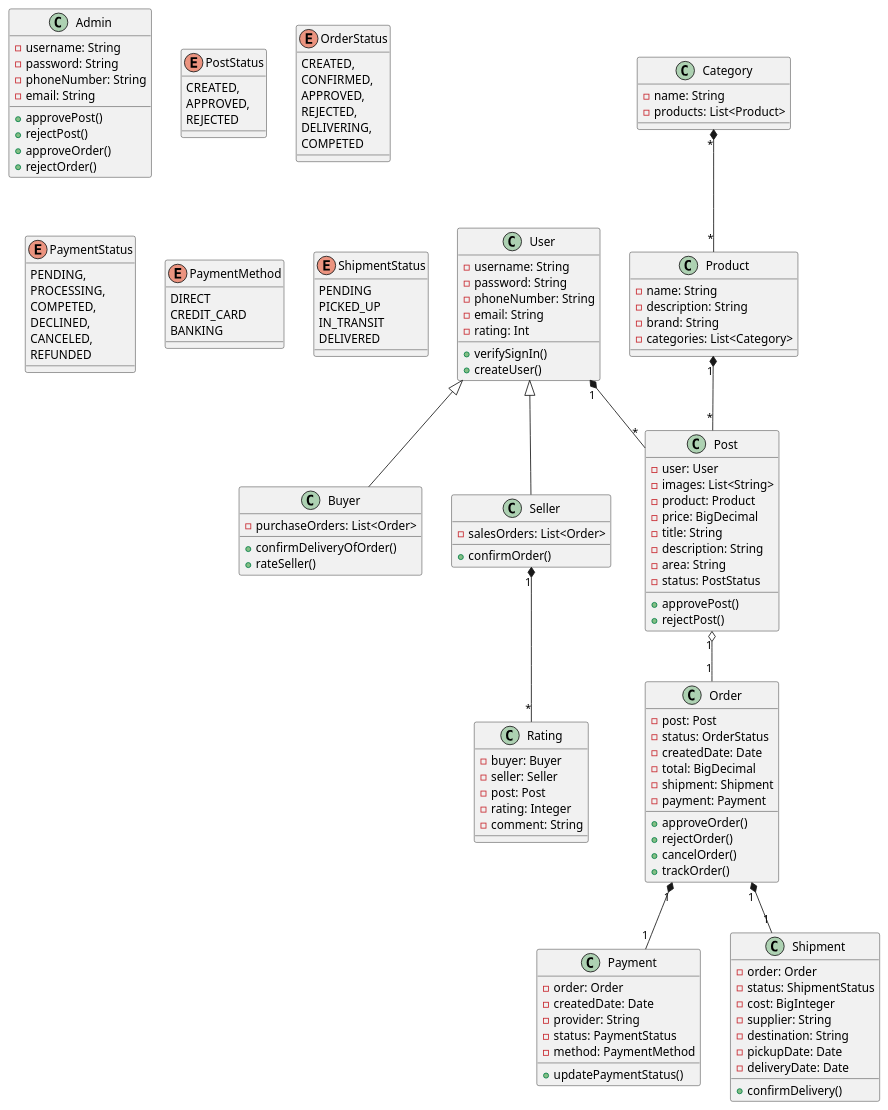
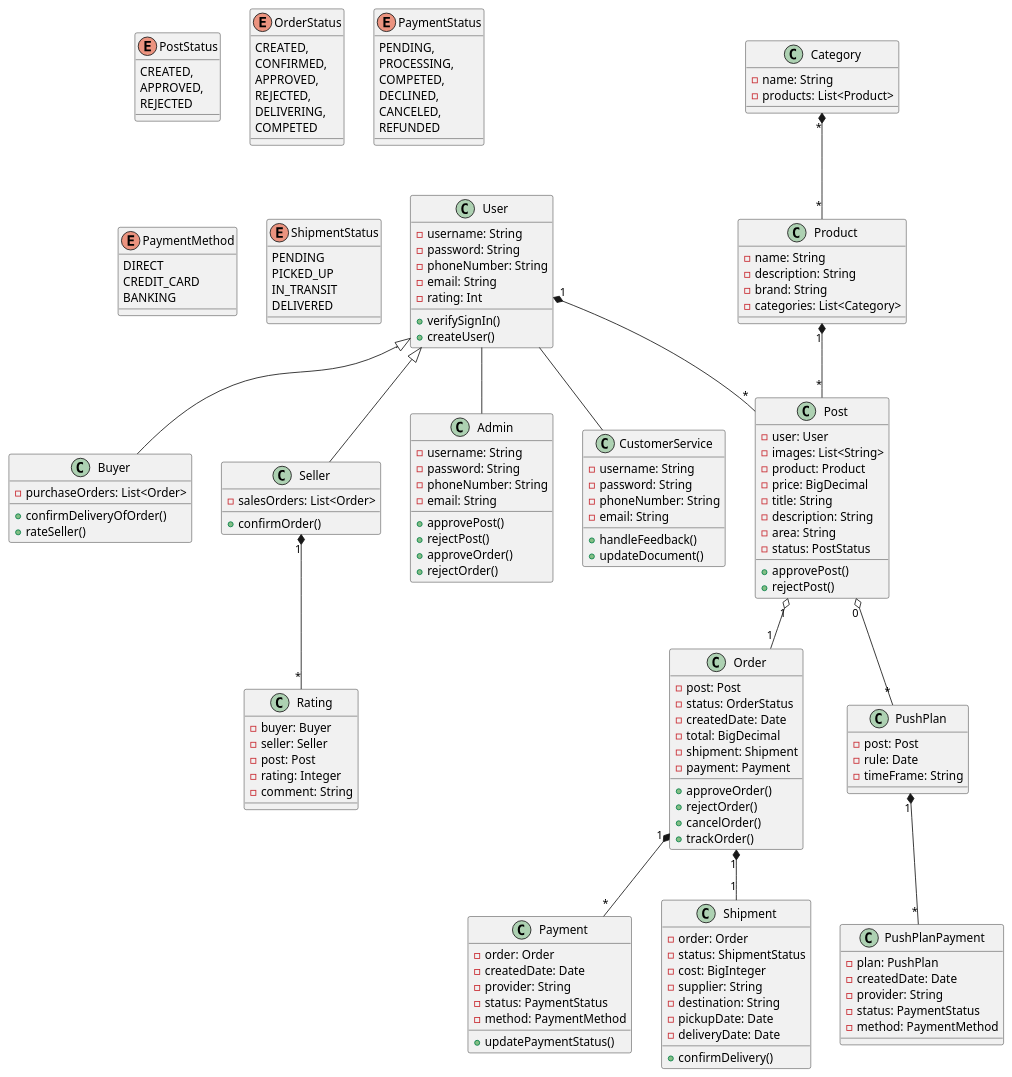
Before and after one commit to doublek2712/SE357-Pratice-class: the diagram in Lab 1.2/puml-code/class.puml, drawn with PlantUML. The commit also changed 1 other file, not shown here.

```diff
--- a/Lab 1.2/puml-code/class.puml
+++ b/Lab 1.2/puml-code/class.puml
@@ -1,147 +1,173 @@
 @startuml
 class User {
     -username: String
     -password: String
     -phoneNumber: String
     -email: String
     -rating: Int
     +verifySignIn()
     +createUser()
 }
 
 class Buyer {
     -purchaseOrders: List<Order>
     +confirmDeliveryOfOrder()
     +rateSeller()
 }
 
 class Seller {
     -salesOrders: List<Order>
     +confirmOrder()
 }
 
 class Admin {
     -username: String
     -password: String
     -phoneNumber: String
     -email: String
     +approvePost()
     +rejectPost()
     +approveOrder()
     +rejectOrder()
+}
+
+class CustomerService {
+    -username: String
+    -password: String
+    -phoneNumber: String
+    -email: String
+    +handleFeedback()
+    +updateDocument()
 }
 
 class Post {
     -user: User
     -images: List<String>
     -product: Product
     -price: BigDecimal
     -title: String
     -description: String
     -area: String
     -status: PostStatus
     +approvePost()
     +rejectPost()
 }
 
 enum PostStatus {
     CREATED,
     APPROVED,
     REJECTED
 }
 
 class Order {
     -post: Post
     -status: OrderStatus
     -createdDate: Date
     -total: BigDecimal
     -shipment: Shipment
     -payment: Payment
     +approveOrder()
     +rejectOrder()
     +cancelOrder()
     +trackOrder()
 }
 
 enum OrderStatus {
     CREATED,
     CONFIRMED,
     APPROVED,
     REJECTED,
     DELIVERING,
     COMPETED
 }
 
 class Payment {
     -order: Order
     -createdDate: Date
     -provider: String
     -status: PaymentStatus
     -method: PaymentMethod
     +updatePaymentStatus()
 }
 
 enum PaymentStatus {
     PENDING,
     PROCESSING,
     COMPETED,
     DECLINED,
     CANCELED,
     REFUNDED
 }
 
 enum PaymentMethod {
     DIRECT
     CREDIT_CARD
     BANKING
 }
 
 class Shipment {
     -order: Order
     -status: ShipmentStatus
     -cost: BigInteger
     -supplier: String
     -destination: String
     -pickupDate: Date
     -deliveryDate: Date
     +confirmDelivery()
 }
 
 enum ShipmentStatus {
     PENDING
     PICKED_UP
     IN_TRANSIT
     DELIVERED
 }
 
 class Category {
 -name: String
 -products: List<Product>
 }
 
 class Product {
 -name: String
 -description: String
 -brand: String
 -categories: List<Category>
 }
 
 class Rating {
 -buyer: Buyer
 -seller: Seller
 -post: Post
 -rating: Integer
 -comment: String
 }
 
+class PushPlan {
+-post: Post
+-rule: Date
+-timeFrame: String
+}
+
+class PushPlanPayment {
+-plan: PushPlan
+-createdDate: Date
+-provider: String
+-status: PaymentStatus
+-method: PaymentMethod
+}
+
 User "1" *-- "*" Post
 Product "1" *-- "*" Post
 Seller "1" *-- "*" Rating
 Category "*" *-- "*" Product
 Post "1" o-- "1" Order
-Order "1" *-- "1" Payment
+Order "1" *-- "*" Payment
 Order "1" *-- "1" Shipment
 User <|-- Buyer
 User <|-- Seller
-
+User -- Admin
+User -- CustomerService
+PushPlan "1" *-- "*" PushPlanPayment
+Post "0" o-- "*" PushPlan
 @enduml
```
